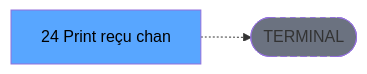
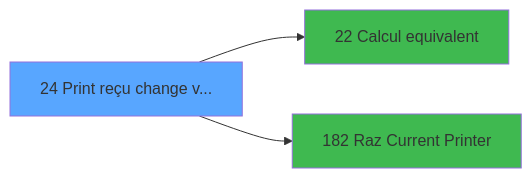
One commit to thonyAGP/magic-migration changed the third of 3 diagrams in .openspec/specs/ADH-IDE-24.md. Above: the diagram before and after it, drawn with Mermaid. The commit also changed other lines of this file and 253 other files, not shown here.

````diff
--- a/.openspec/specs/ADH-IDE-24.md
+++ b/.openspec/specs/ADH-IDE-24.md
@@ -138,8 +652,11 @@
 ```mermaid
 graph LR
-    T[24 Print reçu chan]
-    TERM([TERMINAL])
-    T -.-> TERM
-    style TERM fill:#6b7280,stroke-dasharray: 5 5
-    style T fill:#58a6ff,color:#000
+    T24[24 Print reçu change v...]
+    style T24 fill:#58a6ff
+    C22[22 Calcul equivalent]
+    T24 --> C22
+    style C22 fill:#3fb950
+    C182[182 Raz Current Printer]
+    T24 --> C182
+    style C182 fill:#3fb950
 ```
````
